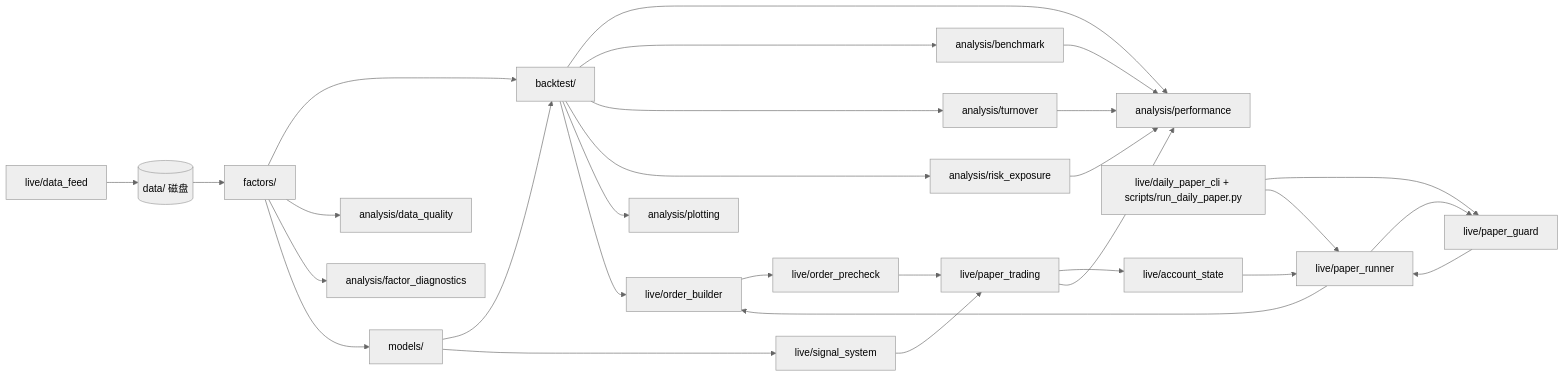
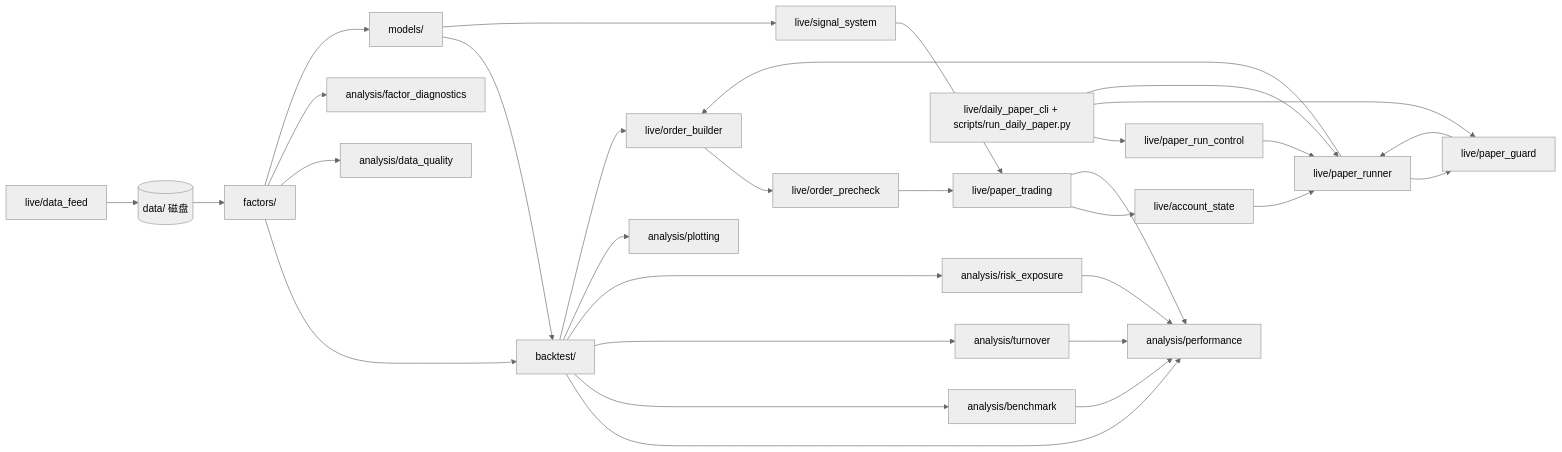
One commit to Mikowong0821/quant_strategy changed the diagram in docs/CODE_STRUCTURE.md. Above: the diagram before and after it, drawn with Mermaid (neutral theme). The commit also changed other lines of this file and 10 other files, not shown here.

Commit message:
Add paper trading run control

````diff
--- a/docs/CODE_STRUCTURE.md
+++ b/docs/CODE_STRUCTURE.md
@@ -18,52 +18,55 @@
 ```mermaid
 flowchart LR
   data[(data/ 磁盘)]
   feed[live/data_feed]
   fac[factors/]
   bt[backtest/]
   opt[models/]
   sig[live/signal_system]
   order[live/order_builder]
   precheck[live/order_precheck]
   paper[live/paper_trading]
   state[live/account_state]
   runner[live/paper_runner]
   guard[live/paper_guard]
+  control[live/paper_run_control]
   cli[live/daily_paper_cli + scripts/run_daily_paper.py]
   perf[analysis/performance]
   dq[analysis/data_quality]
   diag[analysis/factor_diagnostics]
   bench[analysis/benchmark]
   turn[analysis/turnover]
   risk[analysis/risk_exposure]
   plot[analysis/plotting]
 
   data --> fac
   feed --> data
   fac --> bt
   fac --> dq
   fac --> diag
   opt --> bt
   bt --> perf
   bt --> bench
   bt --> turn
   bt --> risk
   bench --> perf
   turn --> perf
   risk --> perf
   bt --> plot
   bt --> order
   order --> precheck
   fac --> opt
   opt --> sig
   precheck --> paper
   paper --> state
   state --> runner
+  cli --> control
   cli --> guard
+  control --> runner
   guard --> runner
   runner --> guard
   runner --> order
   cli --> runner
   sig --> paper
   paper --> perf
 ```
````
